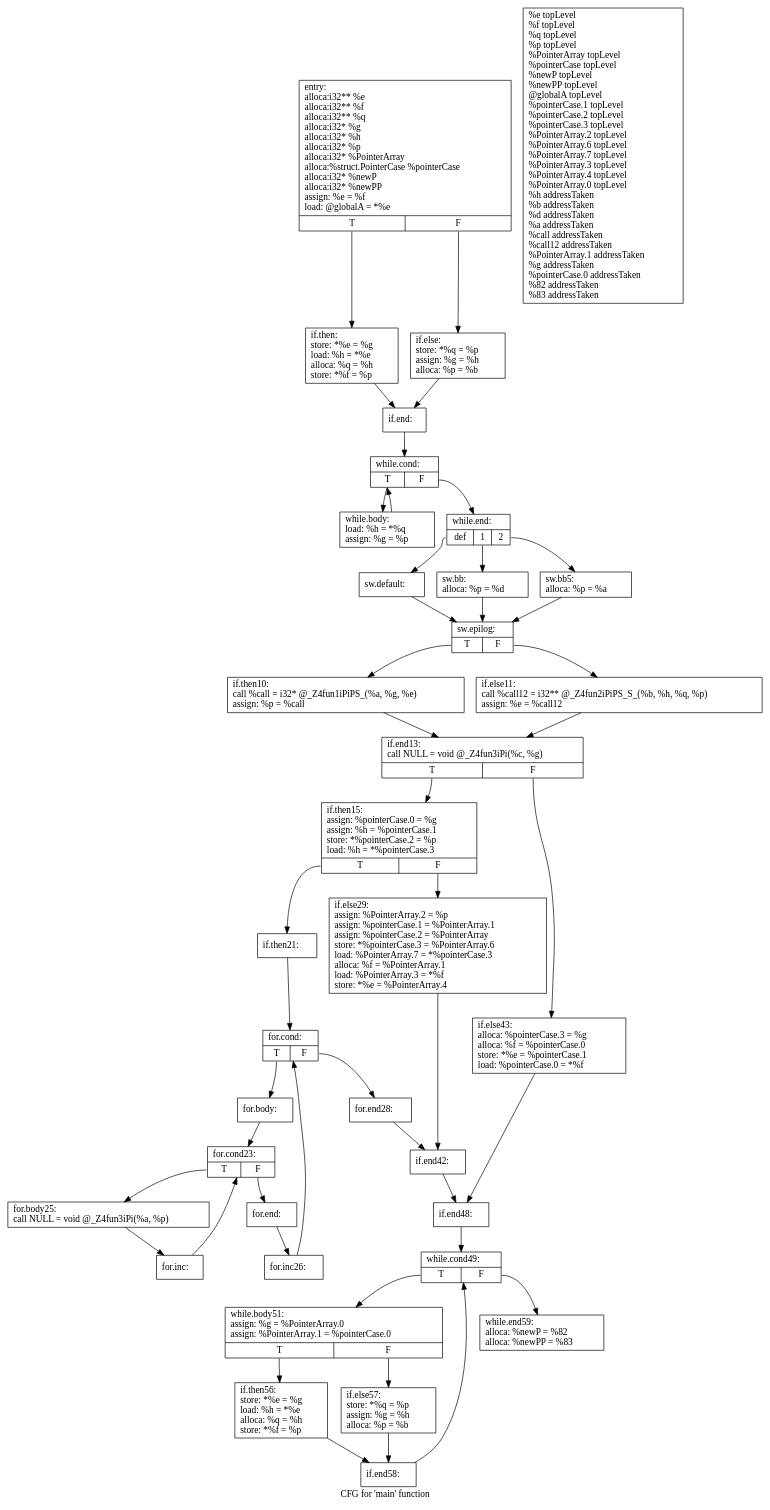
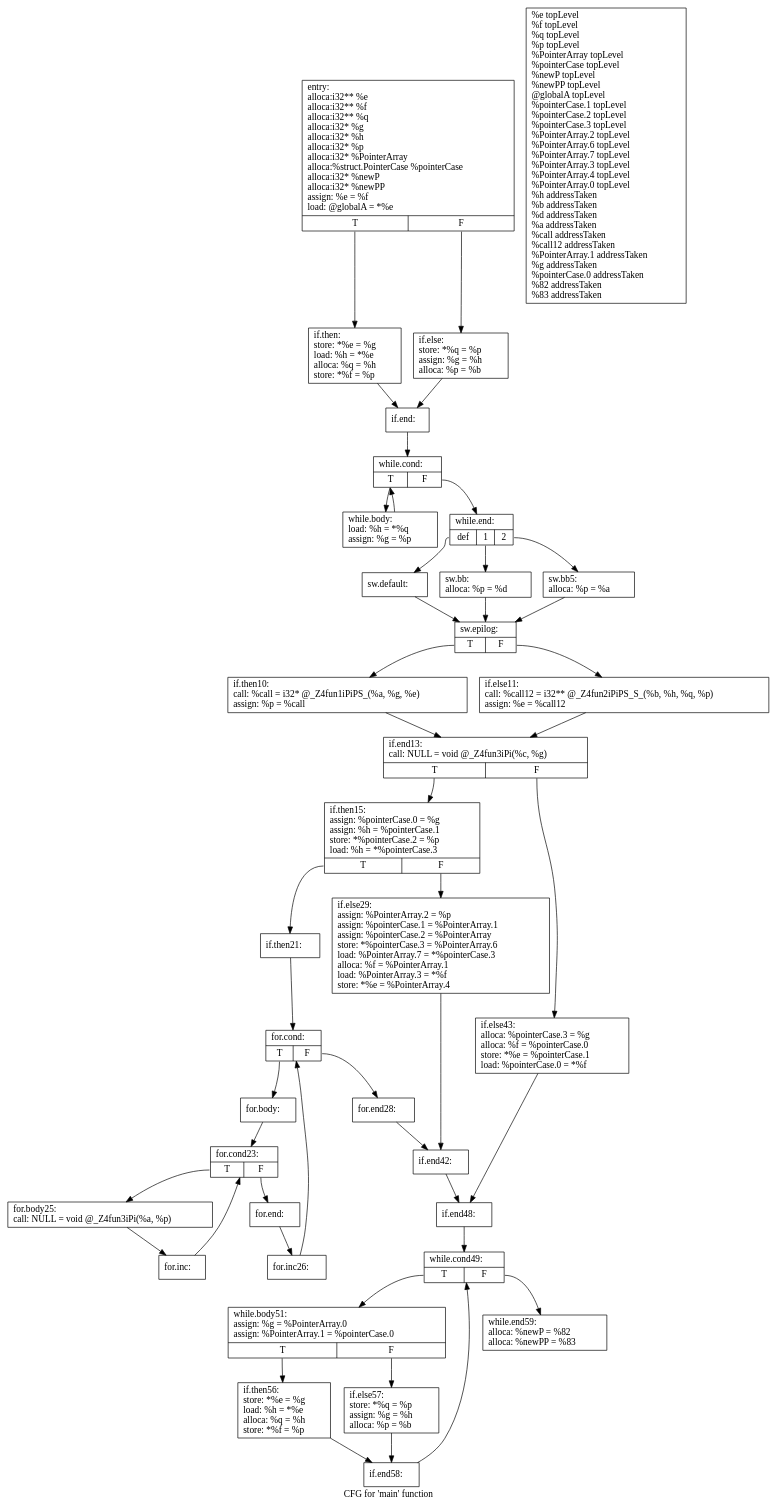
Before and after one commit to zyy0721/Ouroboros-Project: the diagram in llvm8/tC6maintest.dot, drawn with Graphviz. The commit also changed 1 other file, not shown here.

Commit message:
modify call to call:

```diff
--- a/llvm8/tC6maintest.dot
+++ b/llvm8/tC6maintest.dot
@@ -1,82 +1,82 @@
 digraph "CFG for 'main' function" {
 	label="CFG for 'main' function";
 
 	Node0x94a04c0 [shape=record,label="{entry:\l alloca:i32** %e\l alloca:i32** %f\l alloca:i32** %q\l alloca:i32* %g\l alloca:i32* %h\l alloca:i32* %p\l alloca:i32* %PointerArray\l alloca:%struct.PointerCase %pointerCase\l alloca:i32* %newP\l alloca:i32* %newPP\l assign: %e = %f\l load: @globalA = *%e\l |{<s0>T|<s1>F}}"];
 	Node0x94a04c0:s0 -> Node0x94a2000;
 	Node0x94a04c0:s1 -> Node0x94a1290;
 	Node0x94a2000 [shape=record,label="{if.then:                                          \l store: *%e = %g\l load: %h = *%e\l alloca: %q = %h\l store: *%f = %p\l }"];
 	Node0x94a2000 -> Node0x94a1360;
 	Node0x94a1290 [shape=record,label="{if.else:                                          \l store: *%q = %p\l assign: %g = %h\l alloca: %p = %b\l }"];
 	Node0x94a1290 -> Node0x94a1360;
 	Node0x94a1360 [shape=record,label="{if.end:                                           \l }"];
 	Node0x94a1360 -> Node0x94a33e0;
 	Node0x94a33e0 [shape=record,label="{while.cond:                                       \l |{<s0>T|<s1>F}}"];
 	Node0x94a33e0:s0 -> Node0x94a3520;
 	Node0x94a33e0:s1 -> Node0x94a3600;
 	Node0x94a3520 [shape=record,label="{while.body:                                       \l load: %h = *%q\l assign: %g = %p\l }"];
 	Node0x94a3520 -> Node0x94a33e0;
 	Node0x94a3600 [shape=record,label="{while.end:                                        \l |{<s0>def|<s1>1|<s2>2}}"];
 	Node0x94a3600:s0 -> Node0x94a3990;
 	Node0x94a3600:s1 -> Node0x94a3a70;
 	Node0x94a3600:s2 -> Node0x94a3b40;
 	Node0x94a3a70 [shape=record,label="{sw.bb:                                            \l alloca: %p = %d\l }"];
 	Node0x94a3a70 -> Node0x94a3ef0;
 	Node0x94a3b40 [shape=record,label="{sw.bb5:                                           \l alloca: %p = %a\l }"];
 	Node0x94a3b40 -> Node0x94a3ef0;
 	Node0x94a3990 [shape=record,label="{sw.default:                                       \l }"];
 	Node0x94a3990 -> Node0x94a3ef0;
 	Node0x94a3ef0 [shape=record,label="{sw.epilog:                                        \l |{<s0>T|<s1>F}}"];
 	Node0x94a3ef0:s0 -> Node0x94a4430;
 	Node0x94a3ef0:s1 -> Node0x94a4510;
-	Node0x94a4430 [shape=record,label="{if.then10:                                        \l call %call = i32* @_Z4fun1iPiPS_(%a, %g, %e)\l assign: %p = %call\l }"];
+	Node0x94a4430 [shape=record,label="{if.then10:                                        \l call: %call = i32* @_Z4fun1iPiPS_(%a, %g, %e)\l assign: %p = %call\l }"];
 	Node0x94a4430 -> Node0x94a4a70;
-	Node0x94a4510 [shape=record,label="{if.else11:                                        \l call %call12 = i32** @_Z4fun2iPiPS_S_(%b, %h, %q, %p)\l assign: %e = %call12\l }"];
+	Node0x94a4510 [shape=record,label="{if.else11:                                        \l call: %call12 = i32** @_Z4fun2iPiPS_S_(%b, %h, %q, %p)\l assign: %e = %call12\l }"];
 	Node0x94a4510 -> Node0x94a4a70;
-	Node0x94a4a70 [shape=record,label="{if.end13:                                         \l call NULL = void @_Z4fun3iPi(%c, %g)\l |{<s0>T|<s1>F}}"];
+	Node0x94a4a70 [shape=record,label="{if.end13:                                         \l call: NULL = void @_Z4fun3iPi(%c, %g)\l |{<s0>T|<s1>F}}"];
 	Node0x94a4a70:s0 -> Node0x94a50f0;
 	Node0x94a4a70:s1 -> Node0x94a51a0;
 	Node0x94a50f0 [shape=record,label="{if.then15:                                        \l assign: %pointerCase.0 = %g\l assign: %h = %pointerCase.1\l store: *%pointerCase.2 = %p\l load: %h = *%pointerCase.3\l |{<s0>T|<s1>F}}"];
 	Node0x94a50f0:s0 -> Node0x94a5dd0;
 	Node0x94a50f0:s1 -> Node0x94a5eb0;
 	Node0x94a5dd0 [shape=record,label="{if.then21:                                        \l }"];
 	Node0x94a5dd0 -> Node0x94a6250;
 	Node0x94a6250 [shape=record,label="{for.cond:                                         \l |{<s0>T|<s1>F}}"];
 	Node0x94a6250:s0 -> Node0x94a63f0;
 	Node0x94a6250:s1 -> Node0x94a64d0;
 	Node0x94a63f0 [shape=record,label="{for.body:                                         \l }"];
 	Node0x94a63f0 -> Node0x94a66c0;
 	Node0x94a66c0 [shape=record,label="{for.cond23:                                       \l |{<s0>T|<s1>F}}"];
 	Node0x94a66c0:s0 -> Node0x94a6830;
 	Node0x94a66c0:s1 -> Node0x94a14d0;
-	Node0x94a6830 [shape=record,label="{for.body25:                                       \l call NULL = void @_Z4fun3iPi(%a, %p)\l }"];
+	Node0x94a6830 [shape=record,label="{for.body25:                                       \l call: NULL = void @_Z4fun3iPi(%a, %p)\l }"];
 	Node0x94a6830 -> Node0x94a17c0;
 	Node0x94a17c0 [shape=record,label="{for.inc:                                          \l }"];
 	Node0x94a17c0 -> Node0x94a66c0;
 	Node0x94a14d0 [shape=record,label="{for.end:                                          \l }"];
 	Node0x94a14d0 -> Node0x94a1a20;
 	Node0x94a1a20 [shape=record,label="{for.inc26:                                        \l }"];
 	Node0x94a1a20 -> Node0x94a6250;
 	Node0x94a64d0 [shape=record,label="{for.end28:                                        \l }"];
 	Node0x94a64d0 -> Node0x94a78c0;
 	Node0x94a5eb0 [shape=record,label="{if.else29:                                        \l assign: %PointerArray.2 = %p\l assign: %pointerCase.1 = %PointerArray.1\l assign: %pointerCase.2 = %PointerArray\l store: *%pointerCase.3 = %PointerArray.6\l load: %PointerArray.7 = *%pointerCase.3\l alloca: %f = %PointerArray.1\l load: %PointerArray.3 = *%f\l store: *%e = %PointerArray.4\l }"];
 	Node0x94a5eb0 -> Node0x94a78c0;
 	Node0x94a78c0 [shape=record,label="{if.end42:                                         \l }"];
 	Node0x94a78c0 -> Node0x94a8c00;
 	Node0x94a51a0 [shape=record,label="{if.else43:                                        \l alloca: %pointerCase.3 = %g\l alloca: %f = %pointerCase.0\l store: *%e = %pointerCase.1\l load: %pointerCase.0 = *%f\l }"];
 	Node0x94a51a0 -> Node0x94a8c00;
 	Node0x94a8c00 [shape=record,label="{if.end48:                                         \l }"];
 	Node0x94a8c00 -> Node0x94a48a0;
 	Node0x94a48a0 [shape=record,label="{while.cond49:                                     \l |{<s0>T|<s1>F}}"];
 	Node0x94a48a0:s0 -> Node0x94a96d0;
 	Node0x94a48a0:s1 -> Node0x94a97b0;
 	Node0x94a96d0 [shape=record,label="{while.body51:                                     \l assign: %g = %PointerArray.0\l assign: %PointerArray.1 = %pointerCase.0\l |{<s0>T|<s1>F}}"];
 	Node0x94a96d0:s0 -> Node0x94a9f70;
 	Node0x94a96d0:s1 -> Node0x94a5280;
 	Node0x94a9f70 [shape=record,label="{if.then56:                                        \l store: *%e = %g\l load: %h = *%e\l alloca: %q = %h\l store: *%f = %p\l }"];
 	Node0x94a9f70 -> Node0x94a57d0;
 	Node0x94a5280 [shape=record,label="{if.else57:                                        \l store: *%q = %p\l assign: %g = %h\l alloca: %p = %b\l }"];
 	Node0x94a5280 -> Node0x94a57d0;
 	Node0x94a57d0 [shape=record,label="{if.end58:                                         \l }"];
 	Node0x94a57d0 -> Node0x94a48a0;
 	Node0x94a97b0 [shape=record,label="{while.end59:                                      \l alloca: %newP = %82\l alloca: %newPP = %83\l }"];
 	Node1 [shape=record,label="{%e topLevel\l %f topLevel\l %q topLevel\l %p topLevel\l %PointerArray topLevel\l %pointerCase topLevel\l %newP topLevel\l %newPP topLevel\l @globalA topLevel\l %pointerCase.1 topLevel\l %pointerCase.2 topLevel\l %pointerCase.3 topLevel\l %PointerArray.2 topLevel\l %PointerArray.6 topLevel\l %PointerArray.7 topLevel\l %PointerArray.3 topLevel\l %PointerArray.4 topLevel\l %PointerArray.0 topLevel\l %h addressTaken\l %b addressTaken\l %d addressTaken\l %a addressTaken\l %call addressTaken\l %call12 addressTaken\l %PointerArray.1 addressTaken\l %g addressTaken\l %pointerCase.0 addressTaken\l %82 addressTaken\l %83 addressTaken\l }"];}
```
